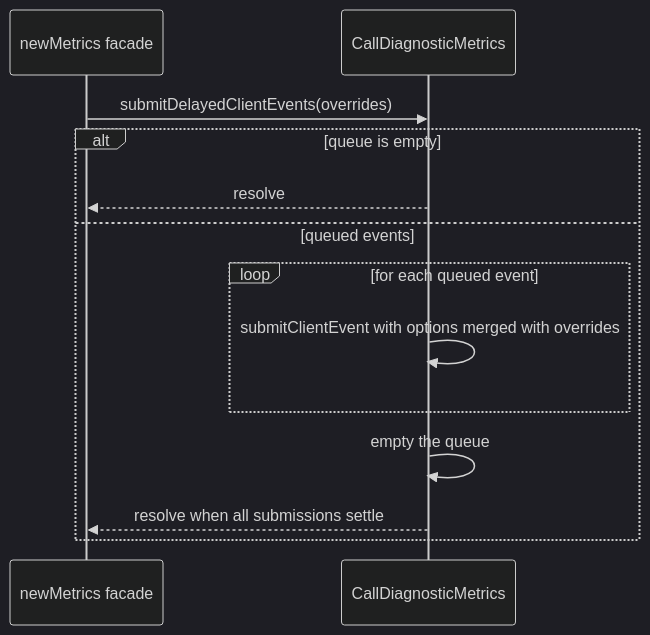
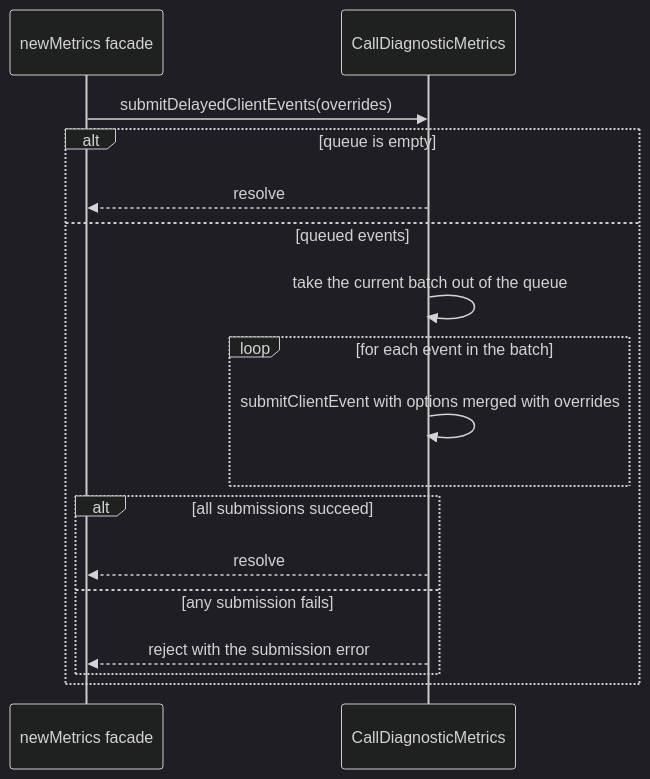
The second of 5 diagrams in packages/@webex/internal-plugin-metrics/src/call-diagnostic/docs/README.md (webex/webex-js-sdk), drawn with Mermaid (dark theme) before and after one commit. The commit also changed other lines of this file and 2 other files, not shown here.

Commit message:
fix(metrics): isolate failures in delayed client event flushes

````diff
--- a/packages/@webex/internal-plugin-metrics/src/call-diagnostic/docs/README.md
+++ b/packages/@webex/internal-plugin-metrics/src/call-diagnostic/docs/README.md
@@ -256,15 +256,19 @@
 ```mermaid
 sequenceDiagram
   participant Facade as newMetrics facade
   participant CD as CallDiagnosticMetrics
   Facade->>CD: submitDelayedClientEvents(overrides)
   alt queue is empty
     CD-->>Facade: resolve
   else queued events
-    loop for each queued event
+    CD->>CD: take the current batch out of the queue
+    loop for each event in the batch
       CD->>CD: submitClientEvent with options merged with overrides
     end
-    CD->>CD: empty the queue
-    CD-->>Facade: resolve when all submissions settle
+    alt all submissions succeed
+      CD-->>Facade: resolve
+    else any submission fails
+      CD-->>Facade: reject with the submission error
+    end
   end
 ```
````
